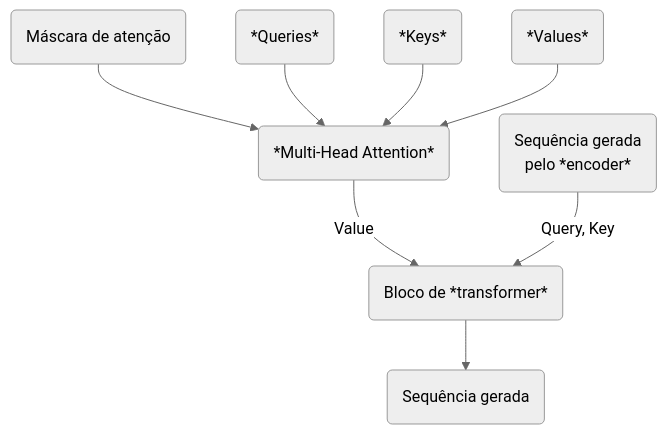
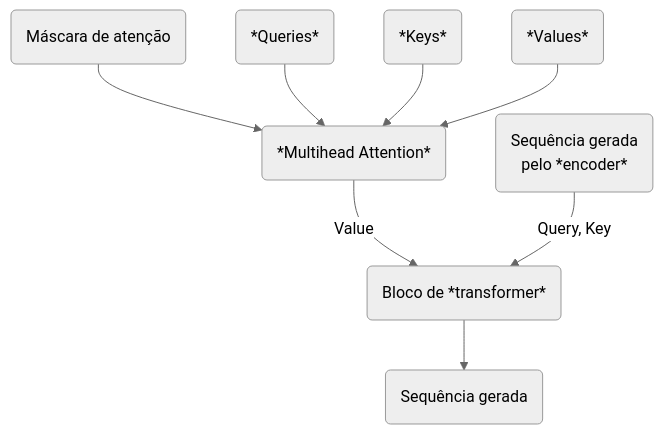
The fifth of 7 diagrams in src/content/posts/transformers.md (eshiraishi/eshiraishi.github.io), drawn with Mermaid (neutral theme) before and after one commit. The commit also changed other lines of this file and 9 other files, not shown here.

````diff
--- a/src/content/posts/transformers.md
+++ b/src/content/posts/transformers.md
@@ -940,19 +940,19 @@
 ```mermaid
 flowchart
     encoderOutput(Sequência gerada
 pelo *encoder*)
     Value(*Values*)
     Key(*Keys*)
     Query(*Queries*)
-    MHA(*Multi-Head Attention*)
+    MHA(*Multihead Attention*)
     DecoderBlock(Bloco de *transformer*)
     decoderBlockOutput(Sequência gerada)
     attentionMask(Máscara de atenção)
     attentionMask --> MHA
     Query --> MHA
     Key --> MHA
     Value --> MHA
     MHA -- Value --> DecoderBlock
     encoderOutput -- Query, Key --> DecoderBlock
     DecoderBlock --> decoderBlockOutput
 ```
````
